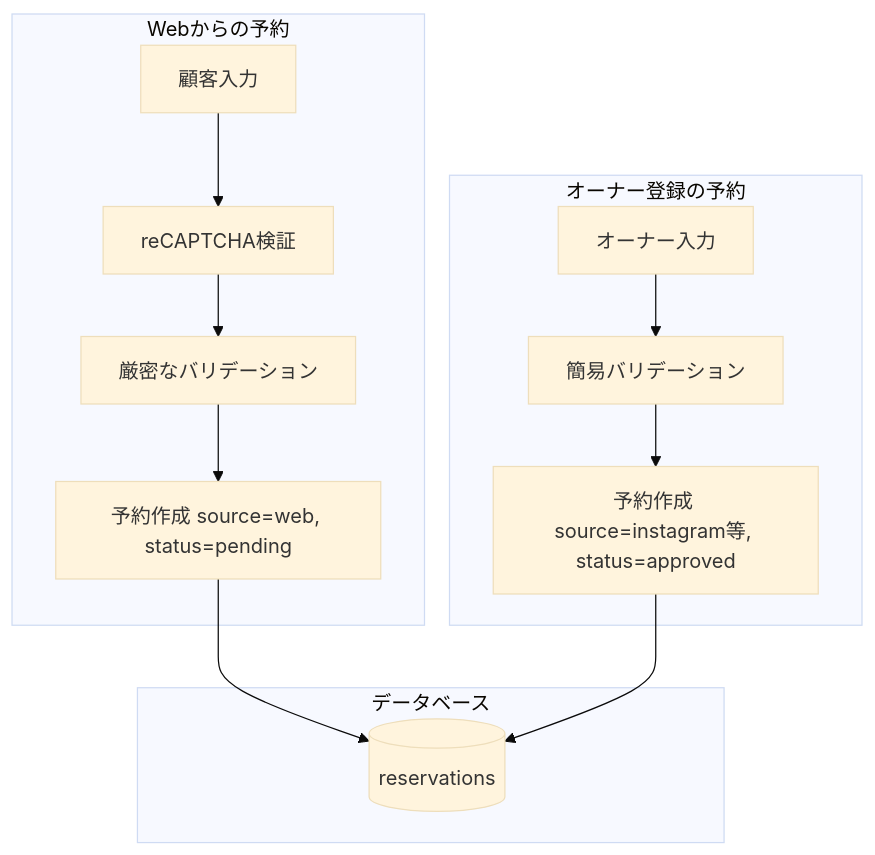
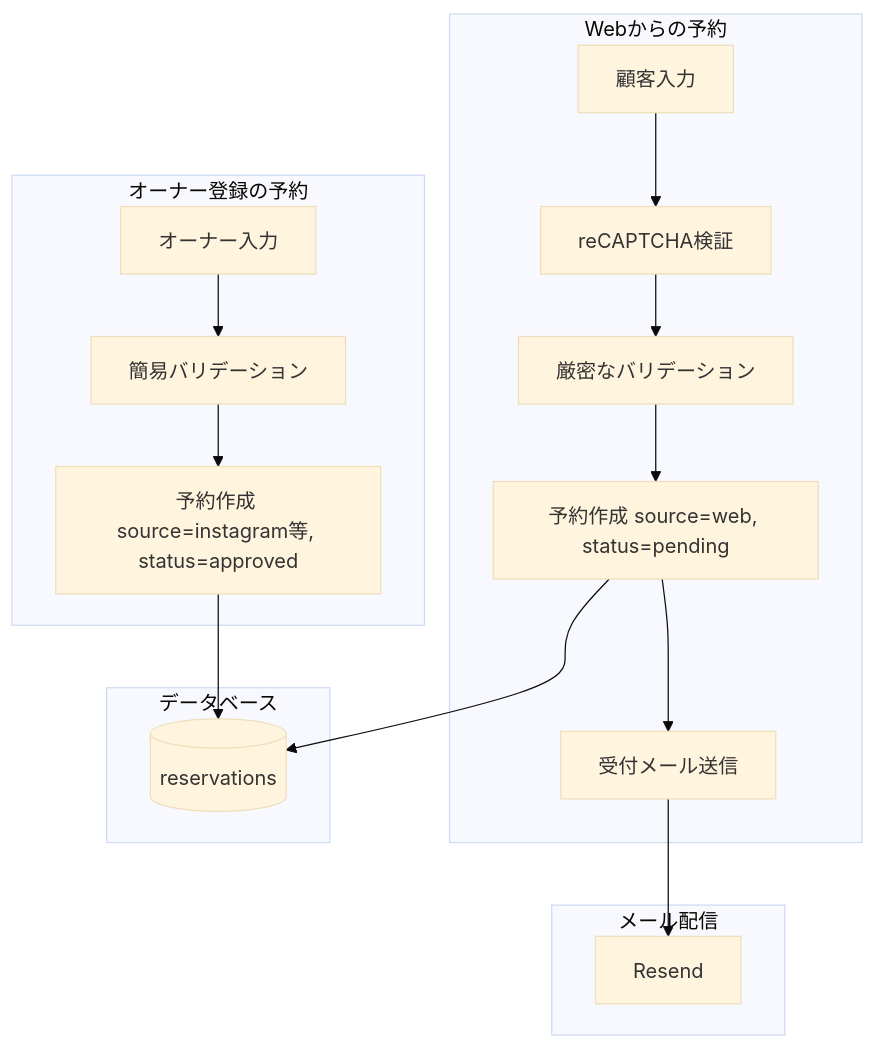
Before and after one commit to cergijame101007/satehits: the eighth of 9 diagrams in docs/data_flow.md, drawn with Mermaid (base theme). The commit also changed other lines of this file and 43 other files, not shown here.

````diff
--- a/docs/data_flow.md
+++ b/docs/data_flow.md
@@ -240,22 +248,28 @@
 ```mermaid
 flowchart TB
     subgraph WebReservation[Webからの予約]
         WebInput[顧客入力]
         ReCaptcha[reCAPTCHA検証]
         WebValidation[厳密なバリデーション]
         WebCreate[予約作成 source=web, status=pending]
+        WebMail[受付メール送信]
     end
 
     subgraph AdminReservation[オーナー登録の予約]
         AdminInput[オーナー入力]
         AdminValidation[簡易バリデーション]
         AdminCreate[予約作成 source=instagram等, status=approved]
     end
 
     subgraph DB[データベース]
         ReservationsTable[(reservations)]
     end
 
+    subgraph MailService[メール配信]
+        Resend[Resend]
+    end
+
     WebInput --> ReCaptcha --> WebValidation --> WebCreate --> ReservationsTable
+    WebCreate --> WebMail --> Resend
     AdminInput --> AdminValidation --> AdminCreate --> ReservationsTable
 ```
````
